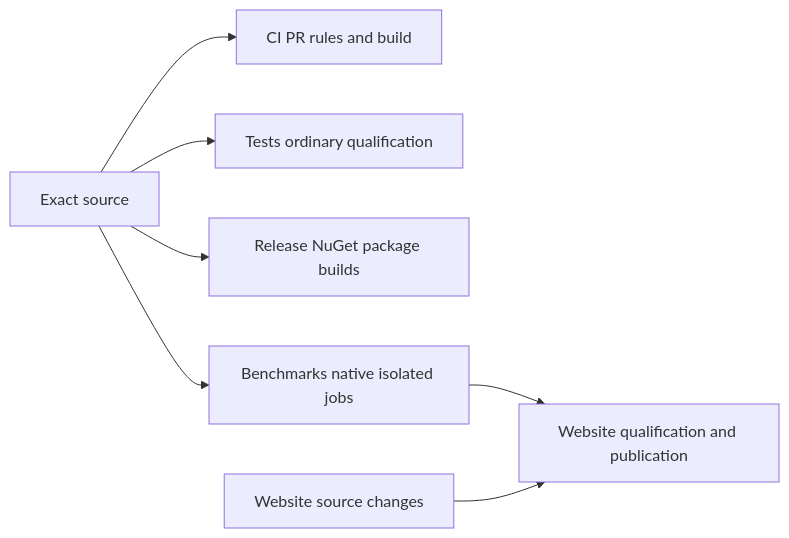
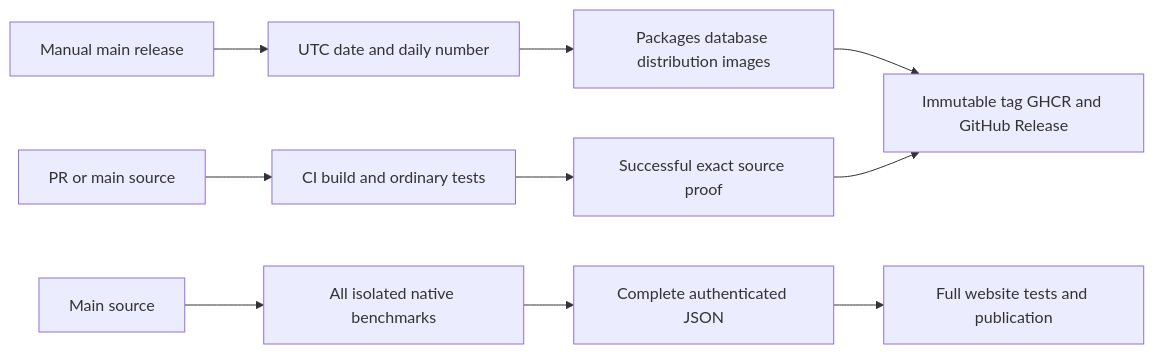
One commit to managedcode/KeyLoad changed diagram 35 of 35 in docs/Architecture.md. Above: the diagram before and after it, drawn with Mermaid. The commit also changed other lines of this file and 46 other files, not shown here.

Commit message:
Unify CI, benchmark site publication and dated database releases

````diff
--- a/docs/Architecture.md
+++ b/docs/Architecture.md
@@ -802,9 +808,12 @@
 ```mermaid
 flowchart LR
-    Source[Exact source] --> CI[CI PR rules and build]
-    Source --> Tests[Tests ordinary qualification]
-    Source --> Release[Release NuGet package builds]
-    Source --> Benchmarks[Benchmarks native isolated jobs]
-    Benchmarks --> Website[Website qualification and publication]
-    Site[Website source changes] --> Website
+    Source[PR or main source] --> CI[CI build and ordinary tests]
+    Main[Main source] --> Benchmarks[All isolated native benchmarks]
+    Benchmarks --> Aggregate[Complete authenticated JSON]
+    Aggregate --> Site[Full website tests and publication]
+    Manual[Manual main release] --> Reserve[UTC date and daily number]
+    Reserve --> Build[Packages database distribution images]
+    CI --> Gate[Successful exact source proof]
+    Build --> Publish[Immutable tag GHCR and GitHub Release]
+    Gate --> Publish
 ```
````
